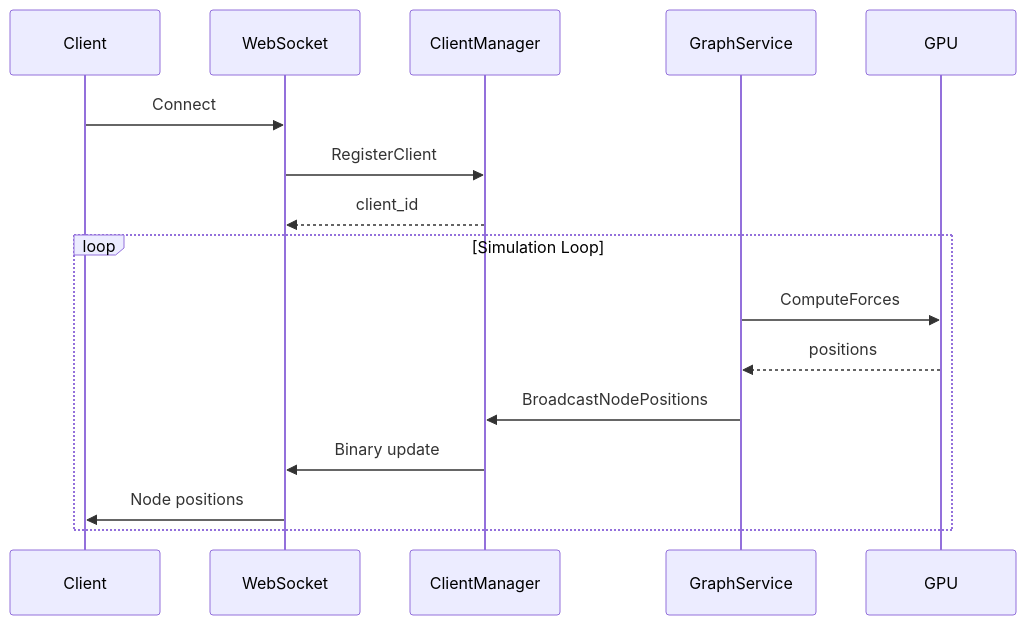
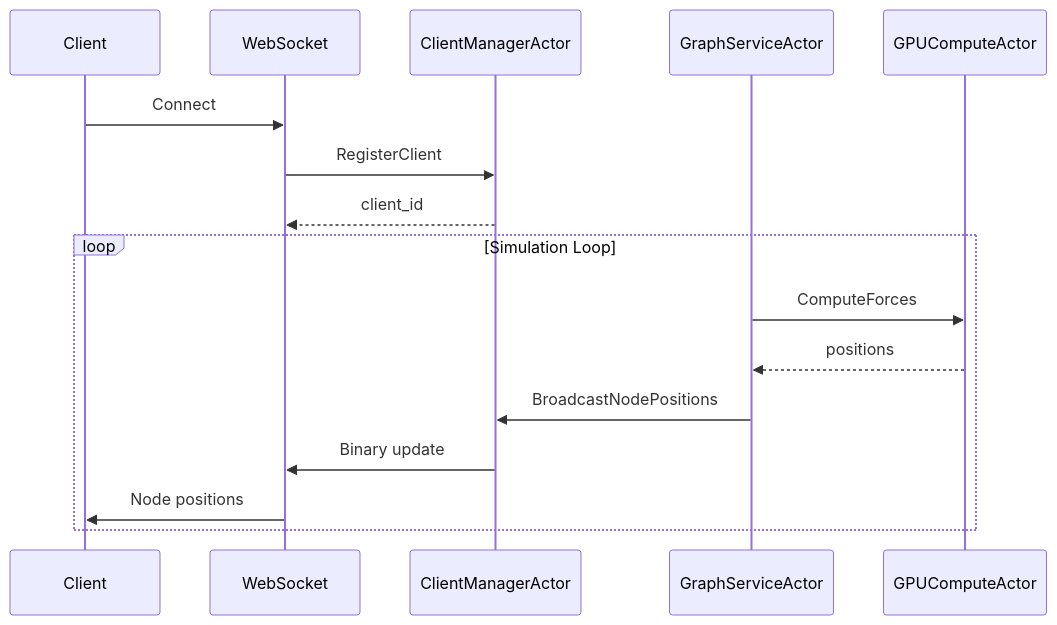
Before and after one commit to DreamLab-AI/VisionFlow: the second of 3 diagrams in docs/server/actors.md, drawn with Mermaid. The commit also changed other lines of this file and 16 other files, not shown here.

````diff
--- a/docs/server/actors.md
+++ b/docs/server/actors.md
@@ -145,20 +152,20 @@
 ```mermaid
 sequenceDiagram
     participant Client
     participant WebSocket
-    participant ClientManager
-    participant GraphService
-    participant GPU
+    participant ClientManagerActor
+    participant GraphServiceActor
+    participant GPUComputeActor
     
     Client->>WebSocket: Connect
-    WebSocket->>ClientManager: RegisterClient
-    ClientManager-->>WebSocket: client_id
+    WebSocket->>ClientManagerActor: RegisterClient
+    ClientManagerActor-->>WebSocket: client_id
     
     loop Simulation Loop
-        GraphService->>GPU: ComputeForces
-        GPU-->>GraphService: positions
-        GraphService->>ClientManager: BroadcastNodePositions
-        ClientManager->>WebSocket: Binary update
+        GraphServiceActor->>GPUComputeActor: ComputeForces
+        GPUComputeActor-->>GraphServiceActor: positions
+        GraphServiceActor->>ClientManagerActor: BroadcastNodePositions
+        ClientManagerActor->>WebSocket: Binary update
         WebSocket->>Client: Node positions
     end
 ```
````
